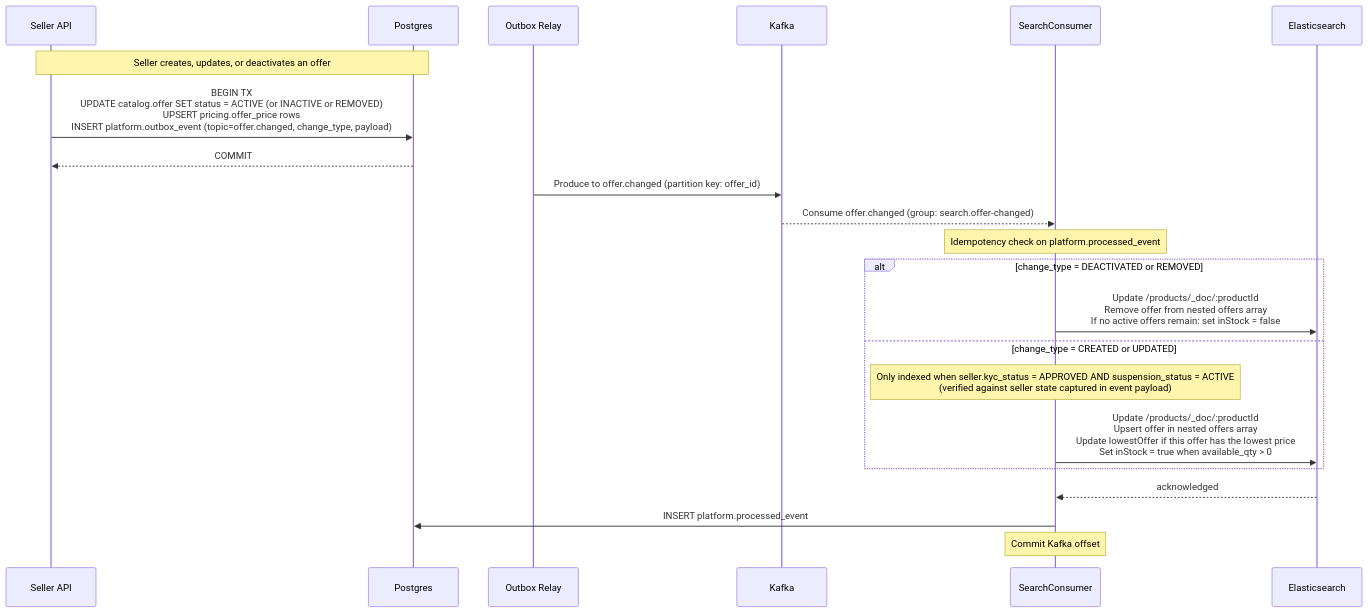
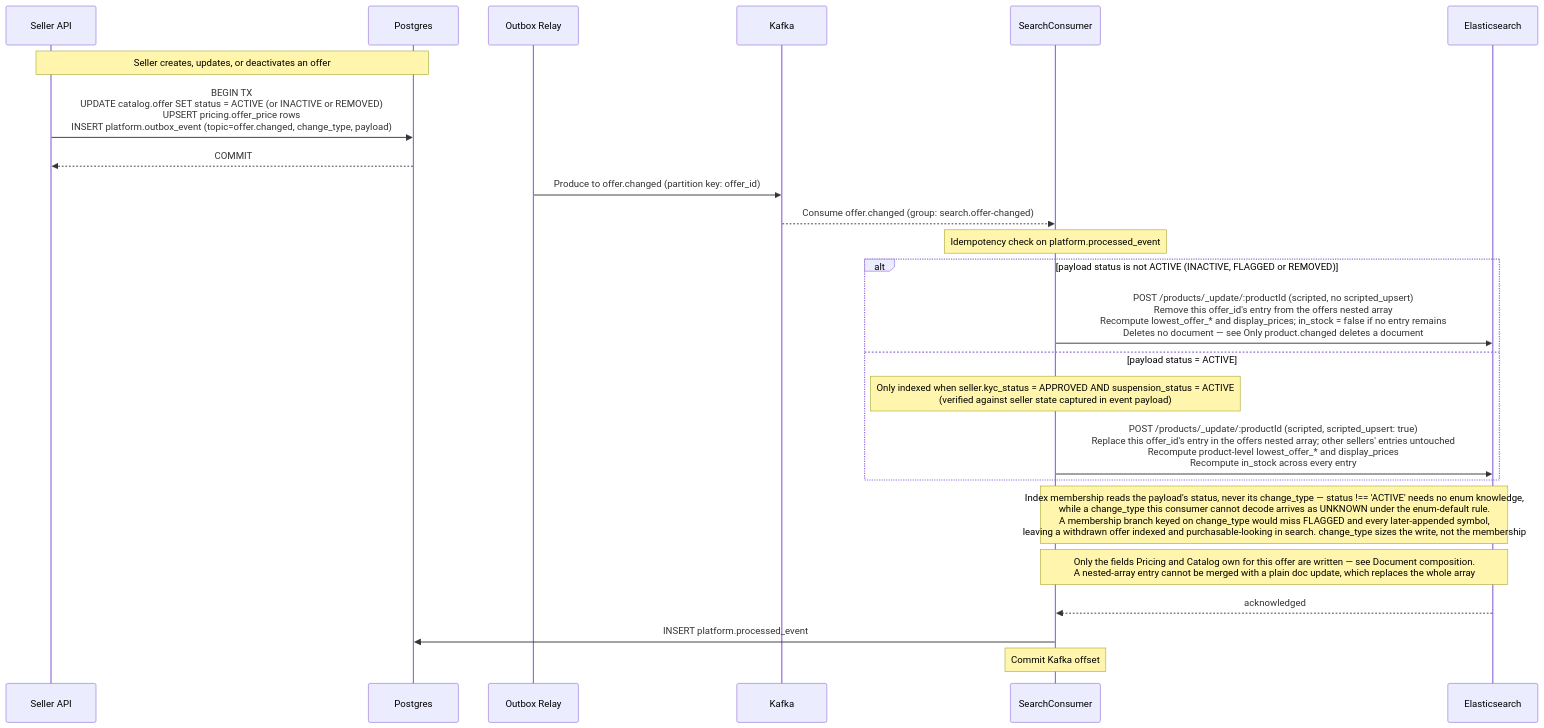
Before and after one commit to alisa-uthi/aliceut-ecom-document: the third of 8 diagrams in phase-1/technical-design/api-design/search.md, drawn with Mermaid. The commit also changed other lines of this file and 73 other files, not shown here.

````diff
--- a/phase-1/technical-design/api-design/search.md
+++ b/phase-1/technical-design/api-design/search.md
@@ -188,28 +328,30 @@
 ```mermaid
 sequenceDiagram
     participant SellerAPI as Seller API
     participant Postgres
     participant Relay as Outbox Relay
     participant Kafka
     participant Consumer as SearchConsumer
     participant ES as Elasticsearch
 
     Note over SellerAPI,Postgres: Seller creates, updates, or deactivates an offer
     SellerAPI->>Postgres: BEGIN TX<br/>UPDATE catalog.offer SET status = ACTIVE (or INACTIVE or REMOVED)<br/>UPSERT pricing.offer_price rows<br/>INSERT platform.outbox_event (topic=offer.changed, change_type, payload)
     Postgres-->>SellerAPI: COMMIT
 
     Relay->>Kafka: Produce to offer.changed (partition key: offer_id)
 
     Kafka-->>Consumer: Consume offer.changed (group: search.offer-changed)
     Note over Consumer: Idempotency check on platform.processed_event
 
-    alt change_type = DEACTIVATED or REMOVED
-        Consumer->>ES: Update /products/_doc/:productId<br/>Remove offer from nested offers array<br/>If no active offers remain: set inStock = false
-    else change_type = CREATED or UPDATED
+    alt payload status is not ACTIVE (INACTIVE, FLAGGED or REMOVED)
+        Consumer->>ES: POST /products/_update/:productId (scripted, no scripted_upsert)<br/>Remove this offer_id's entry from the offers nested array<br/>Recompute lowest_offer_* and display_prices#59; in_stock = false if no entry remains<br/>Deletes no document — see Only product.changed deletes a document
+    else payload status = ACTIVE
         Note over Consumer: Only indexed when seller.kyc_status = APPROVED AND suspension_status = ACTIVE<br/>(verified against seller state captured in event payload)
-        Consumer->>ES: Update /products/_doc/:productId<br/>Upsert offer in nested offers array<br/>Update lowestOffer if this offer has the lowest price<br/>Set inStock = true when available_qty > 0
+        Consumer->>ES: POST /products/_update/:productId (scripted, scripted_upsert: true)<br/>Replace this offer_id's entry in the offers nested array#59; other sellers' entries untouched<br/>Recompute product-level lowest_offer_* and display_prices<br/>Recompute in_stock across every entry
     end
+    Note over Consumer,ES: Index membership reads the payload's status, never its change_type — status !== 'ACTIVE' needs no enum knowledge,<br/>while a change_type this consumer cannot decode arrives as UNKNOWN under the enum-default rule.<br/>A membership branch keyed on change_type would miss FLAGGED and every later-appended symbol,<br/>leaving a withdrawn offer indexed and purchasable-looking in search. change_type sizes the write, not the membership
+    Note over Consumer,ES: Only the fields Pricing and Catalog own for this offer are written — see Document composition.<br/>A nested-array entry cannot be merged with a plain doc update, which replaces the whole array
     ES-->>Consumer: acknowledged
     Consumer->>Postgres: INSERT platform.processed_event
     Note over Consumer: Commit Kafka offset
 ```
````
